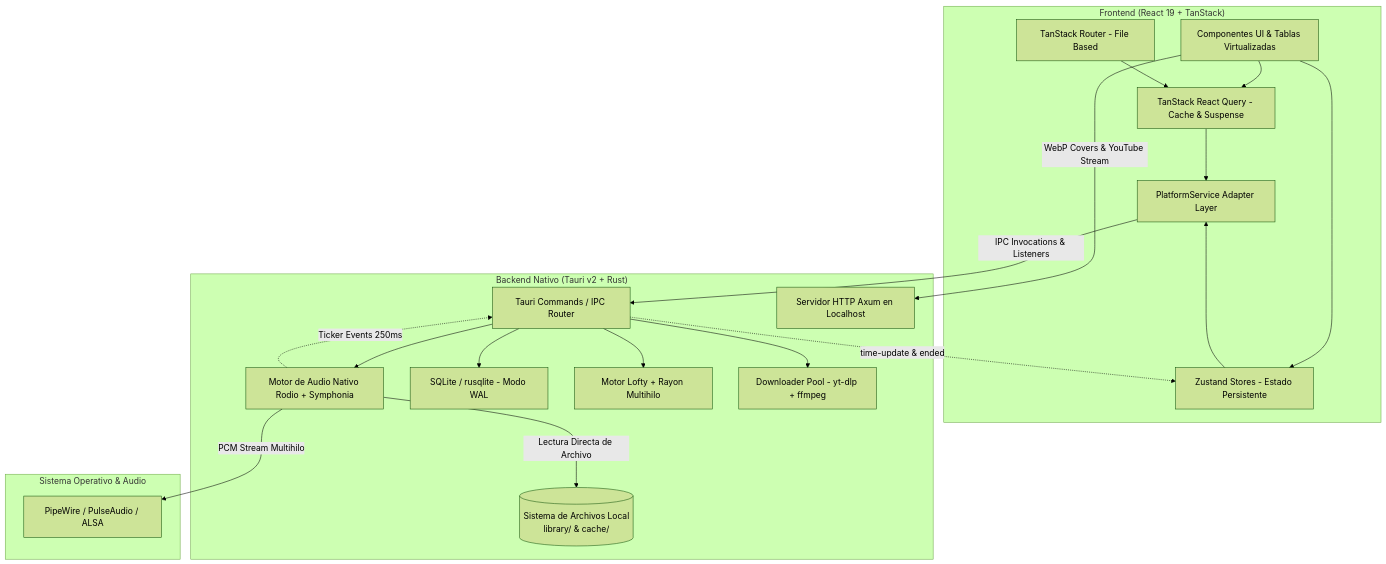
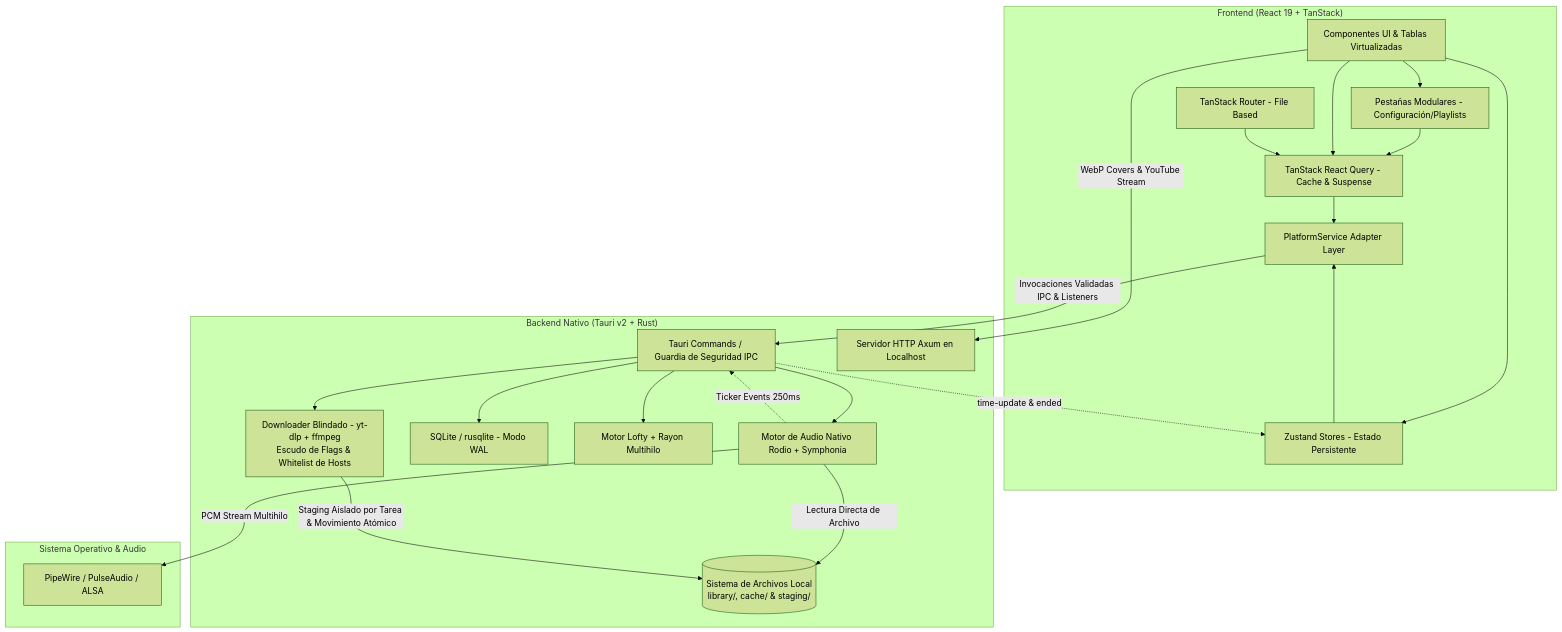
Before and after one commit to miguedev1047/ongaku: the diagram in docs/es/rendimiento.md, drawn with Mermaid (forest theme). The commit also changed other lines of this file and 29 other files, not shown here.

````diff
--- a/docs/es/rendimiento.md
+++ b/docs/es/rendimiento.md
@@ -11,40 +11,44 @@
 ```mermaid
 graph TD
     subgraph Frontend ["Frontend (React 19 + TanStack)"]
         UI[Componentes UI & Tablas Virtualizadas]
+        TABS[Pestañas Modulares - Configuración/Playlists]
         TR[TanStack Router - File Based]
         TQ[TanStack React Query - Cache & Suspense]
         ZS[Zustand Stores - Estado Persistente]
         ADAPT[PlatformService Adapter Layer]
     end
 
     subgraph Backend ["Backend Nativo (Tauri v2 + Rust)"]
-        CMD[Tauri Commands / IPC Router]
+        CMD[Tauri Commands / Guardia de Seguridad IPC]
         RODIO[Motor de Audio Nativo Rodio + Symphonia]
         AXUM[Servidor HTTP Axum en Localhost]
         SQL[SQLite / rusqlite - Modo WAL]
         META[Motor Lofty + Rayon Multihilo]
-        POOL[Downloader Pool - yt-dlp + ffmpeg]
-        FS[("Sistema de Archivos Local\nlibrary/ & cache/")]
+        POOL[Downloader Blindado - yt-dlp + ffmpeg\nEscudo de Flags & Whitelist de Hosts]
+        FS[("Sistema de Archivos Local\nlibrary/, cache/ & staging/")]
     end
 
     subgraph OS ["Sistema Operativo & Audio"]
         AUDIO[PipeWire / PulseAudio / ALSA]
     end
 
+    UI --> TABS
+    TABS --> TQ
     UI --> TQ
     UI --> ZS
     TR --> TQ
     TQ --> ADAPT
     ZS --> ADAPT
-    ADAPT -->|IPC Invocations & Listeners| CMD
+    ADAPT -->|Invocaciones Validadas IPC & Listeners| CMD
     UI -->|WebP Covers & YouTube Stream| AXUM
     CMD --> RODIO
     CMD --> SQL
     CMD --> META
     CMD --> POOL
     RODIO -->|Lectura Directa de Archivo| FS
+    POOL -->|Staging Aislado por Tarea & Movimiento Atómico| FS
     RODIO -->|PCM Stream Multihilo| AUDIO
     RODIO -.->|Ticker Events 250ms| CMD
     CMD -.->|time-update & ended| ZS
 ```
````
